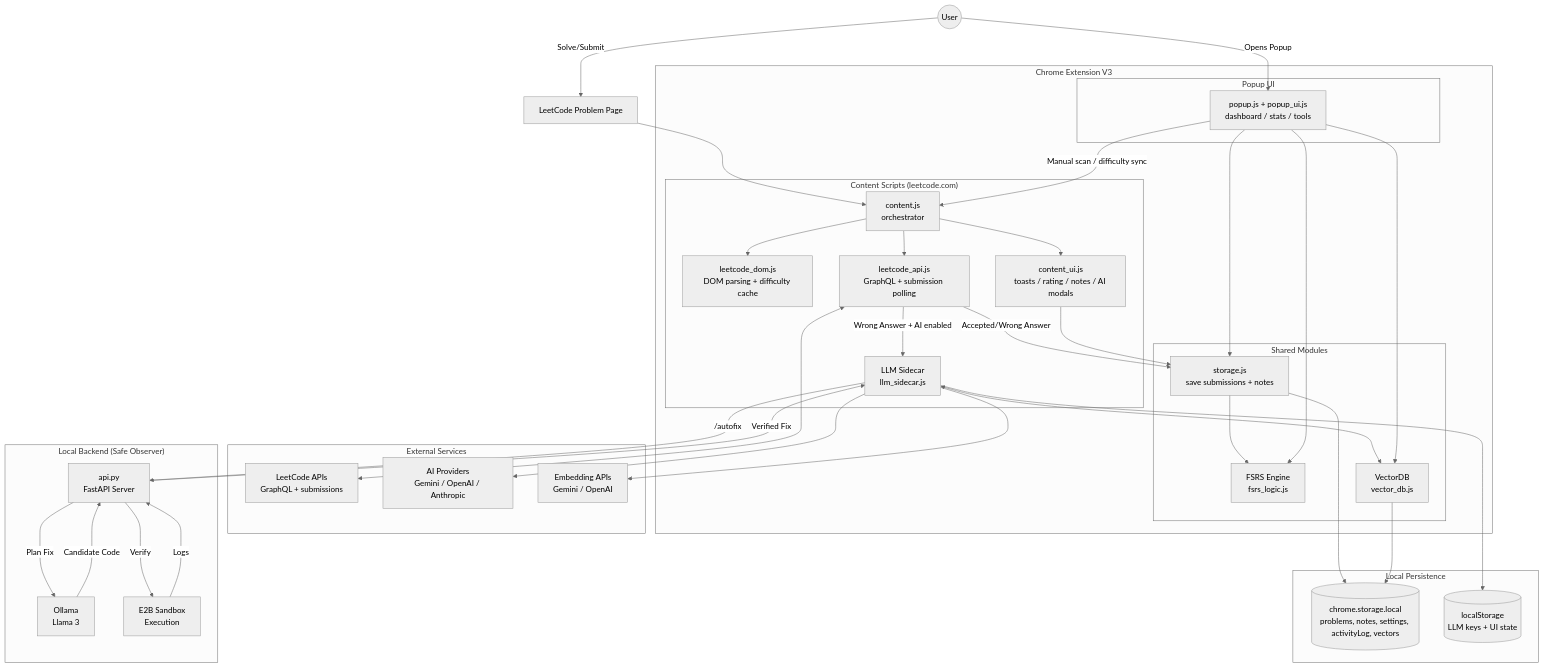
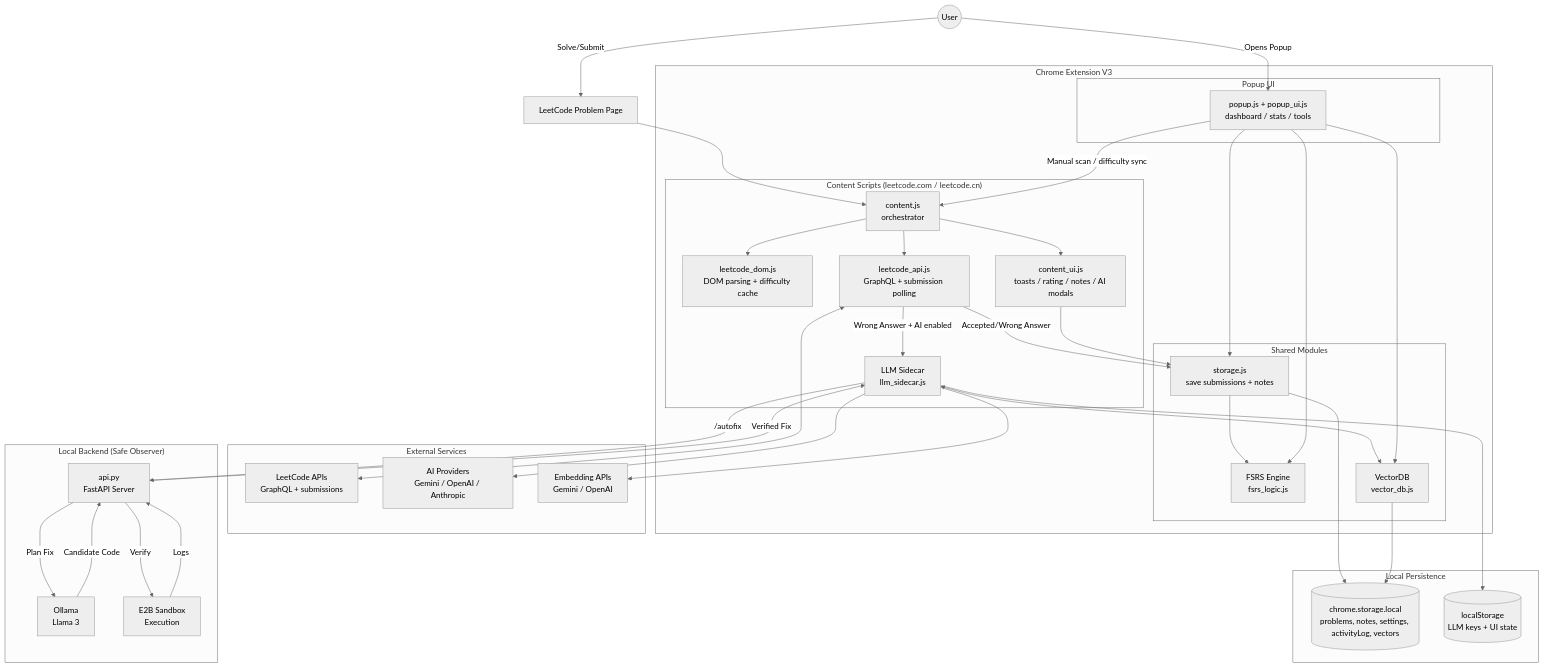
The first of 2 diagrams in README.md (yc1838/LeetCode-EasyRepeat), drawn with Mermaid (neutral theme) before and after one commit. The commit also changed other lines of this file and 17 other files, not shown here.

````diff
--- a/README.md
+++ b/README.md
@@ -403,77 +403,77 @@
 ```mermaid
 graph TD
     User((User))
     LCPage[LeetCode Problem Page]
 
     User -- Solve/Submit --> LCPage
 
     subgraph Extension["Chrome Extension V3"]
-        subgraph Content["Content Scripts (leetcode.com)"]
+        subgraph Content["Content Scripts (leetcode.com / leetcode.cn)"]
             Orchestrator[content.js<br/>orchestrator]
             DOM[leetcode_dom.js<br/>DOM parsing + difficulty cache]
             API[leetcode_api.js<br/>GraphQL + submission polling]
             UI[content_ui.js<br/>toasts / rating / notes / AI modals]
             LLM[LLM Sidecar<br/>llm_sidecar.js]
         end
 
         subgraph Shared["Shared Modules"]
             StorageMod[storage.js<br/>save submissions + notes]
             SRS[FSRS Engine<br/>fsrs_logic.js]
             VDB[VectorDB<br/>vector_db.js]
         end
 
         subgraph Popup["Popup UI"]
             PopupJS[popup.js + popup_ui.js<br/>dashboard / stats / tools]
         end
     end
 
     subgraph Local["Local Persistence"]
         CS[(chrome.storage.local<br/>problems, notes, settings, activityLog, vectors)]
         LS[(localStorage<br/>LLM keys + UI state)]
     end
 
     subgraph External["External Services"]
         LCAPI[LeetCode APIs<br/>GraphQL + submissions]
         AI[AI Providers<br/>Gemini / OpenAI / Anthropic]
         Embed[Embedding APIs<br/>Gemini / OpenAI]
     end
 
     subgraph MCP["Local Backend (Safe Observer)"]
         FastAPI[api.py<br/>FastAPI Server]
         Ollama[Ollama<br/>Llama 3]
         Sandbox[E2B Sandbox<br/>Execution]
     end
 
     LCPage --> Orchestrator
     Orchestrator --> DOM
     Orchestrator --> API
     Orchestrator --> UI
 
     API <--> LCAPI
     API -- Accepted/Wrong Answer --> StorageMod
     API -- Wrong Answer + AI enabled --> LLM
 
     StorageMod --> SRS
     StorageMod --> CS
     UI --> StorageMod
 
     LLM --> AI
     LLM --> Embed
     LLM <--> VDB
     VDB --> CS
     LLM --> LS
     
     %% Safe Observer Loop
     LLM -- /autofix --> FastAPI
     FastAPI -- Plan Fix --> Ollama
     Ollama -- Candidate Code --> FastAPI
     FastAPI -- Verify --> Sandbox
     Sandbox -- Logs --> FastAPI
     FastAPI -- Verified Fix --> LLM
 
     User -- Opens Popup --> PopupJS
     PopupJS --> StorageMod
     PopupJS --> VDB
     PopupJS --> SRS
     PopupJS -- Manual scan / difficulty sync --> Orchestrator
 ```
````
